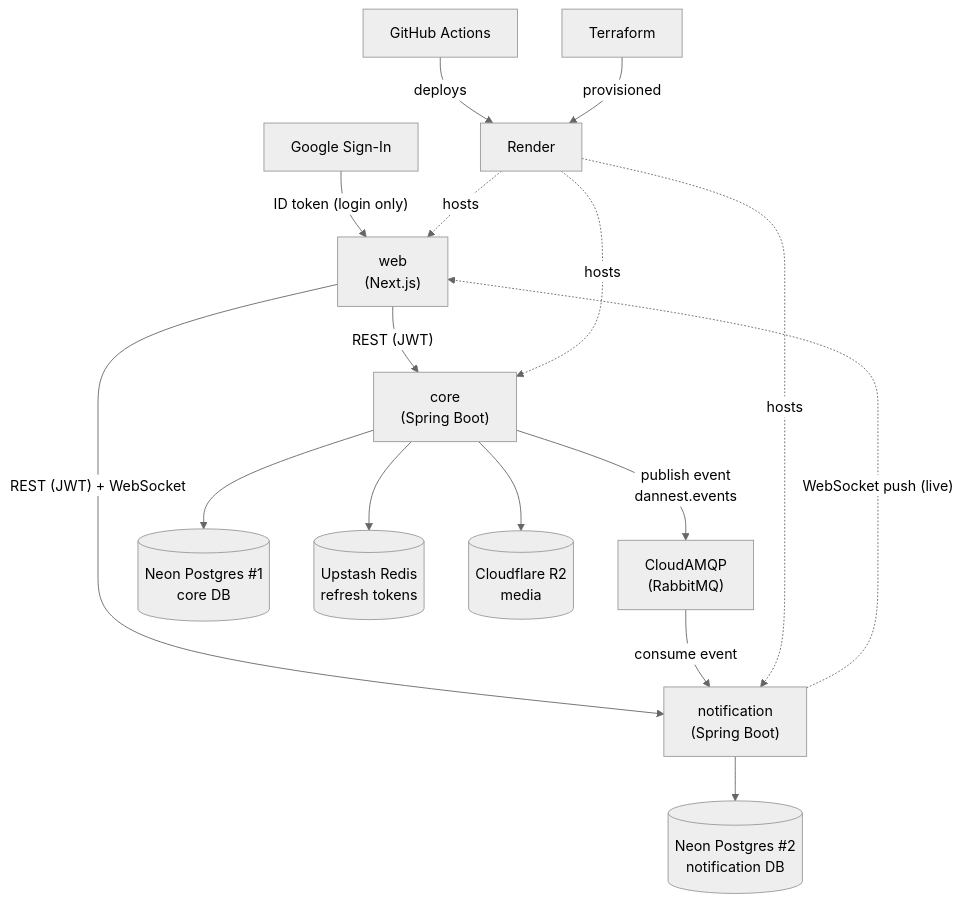
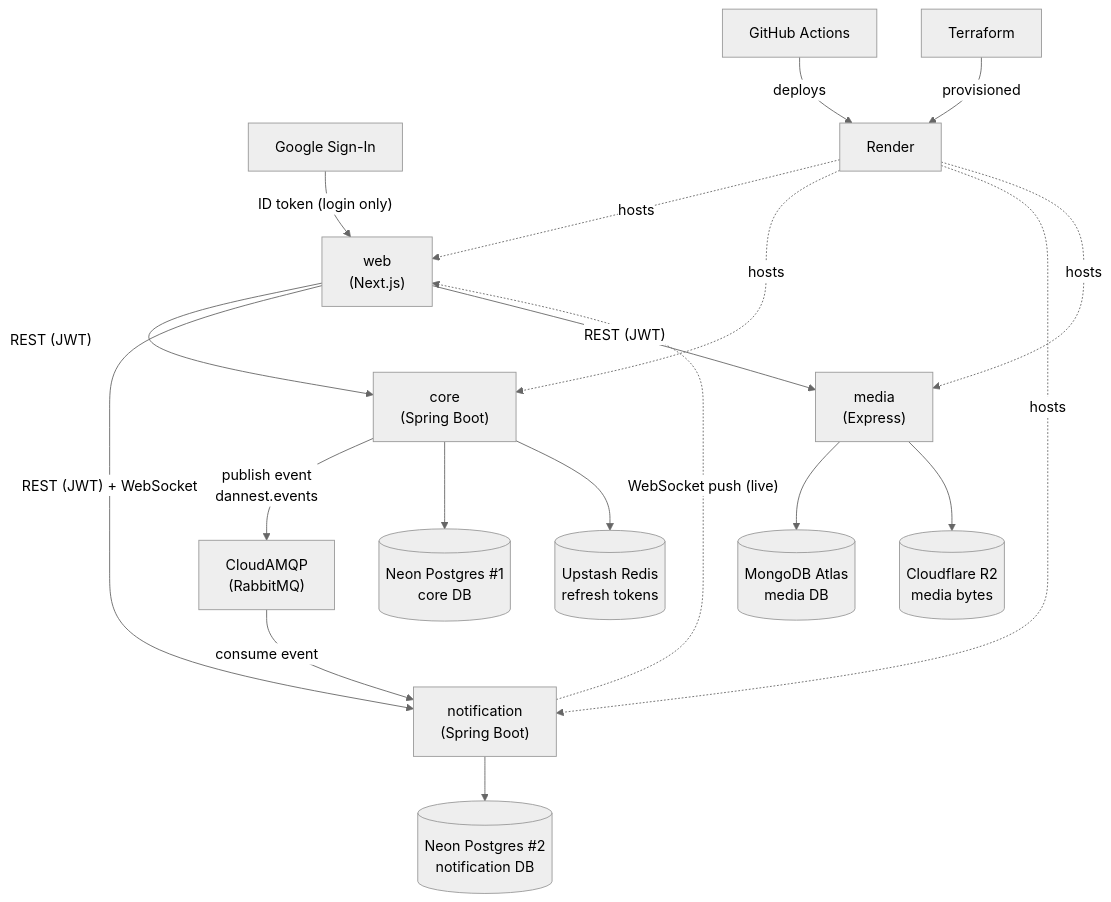
One commit to hdang-dev/dannest changed the first of 6 diagrams in docs/tech/architecture-flows.md. Above: the diagram before and after it, drawn with Mermaid (neutral theme). The commit also changed other lines of this file and 69 other files, not shown here.

First line of the commit message:
feat: extract media into its own service (Express + MongoDB)

````diff
--- a/docs/tech/architecture-flows.md
+++ b/docs/tech/architecture-flows.md
@@ -34,31 +36,36 @@
 ```mermaid
 flowchart TD
     Google["Google Sign-In"]
     Web["web\n(Next.js)"]
     Core["core\n(Spring Boot)"]
     MQ["CloudAMQP\n(RabbitMQ)"]
     Notif["notification\n(Spring Boot)"]
+    Media["media\n(Express)"]
     NeonCore[("Neon Postgres #1\ncore DB")]
     Redis[("Upstash Redis\nrefresh tokens")]
-    R2[("Cloudflare R2\nmedia")]
+    R2[("Cloudflare R2\nmedia bytes")]
+    Mongo[("MongoDB Atlas\nmedia DB")]
     NeonNotif[("Neon Postgres #2\nnotification DB")]
     Render["Render"]
     GHA["GitHub Actions"]
     TF["Terraform"]
 
     Google -- "ID token (login only)" --> Web
     Web -- "REST (JWT)" --> Core
     Web -- "REST (JWT) + WebSocket" --> Notif
+    Web -- "REST (JWT)" --> Media
     Core -- "publish event\ndannest.events" --> MQ
     MQ -- "consume event" --> Notif
     Notif -. "WebSocket push (live)" .-> Web
     Core --> NeonCore
     Core --> Redis
-    Core --> R2
+    Media --> Mongo
+    Media --> R2
     Notif --> NeonNotif
     GHA -- "deploys" --> Render
     TF -- "provisioned" --> Render
     Render -. hosts .-> Web
     Render -. hosts .-> Core
     Render -. hosts .-> Notif
+    Render -. hosts .-> Media
 ```
````
